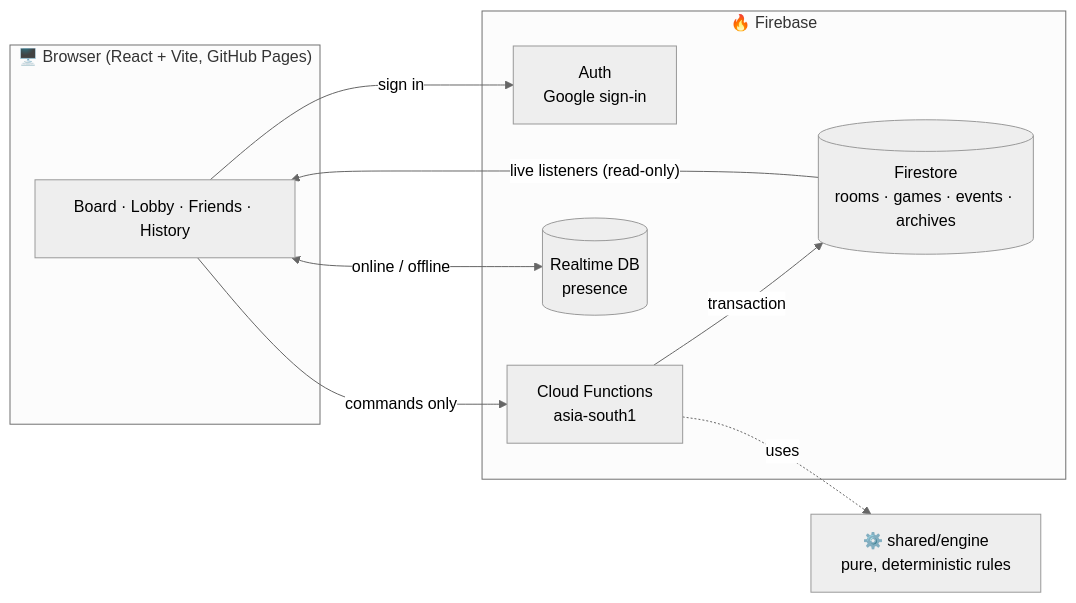
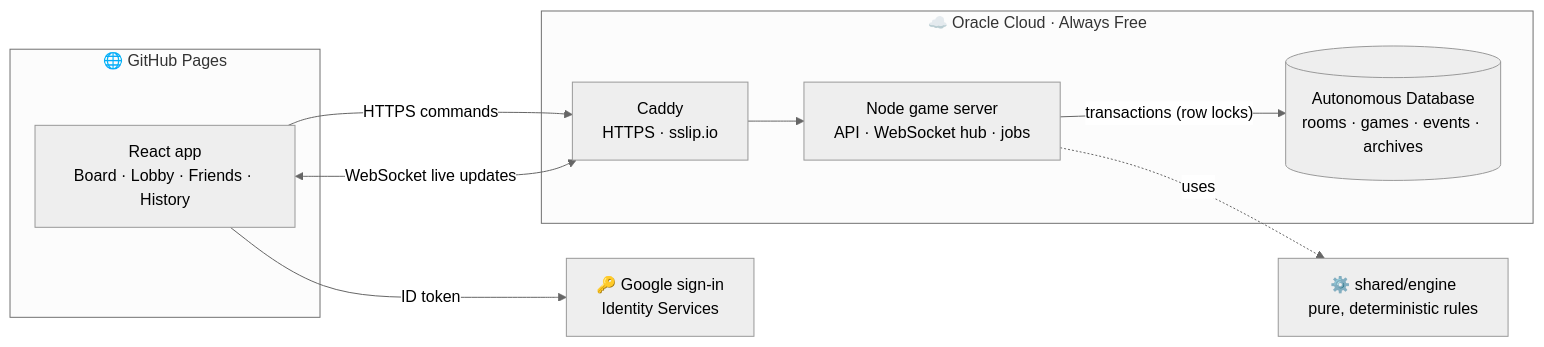
Before and after one commit to blessingstonsk/Indian-Business-Tycoon-: the first of 3 diagrams in README.md, drawn with Mermaid (neutral theme). The commit also changed other lines of this file and 75 other files, not shown here.

First line of the commit message:
Move the backend from Firebase to a Node server for Oracle Cloud

````diff
--- a/README.md
+++ b/README.md
@@ -240,20 +237,20 @@
 ```mermaid
 flowchart LR
-    subgraph Browser["🖥️ Browser (React + Vite, GitHub Pages)"]
-        UI["Board · Lobby · Friends · History"]
+    subgraph Pages["🌐 GitHub Pages"]
+        UI["React app<br/>Board · Lobby · Friends · History"]
     end
-    subgraph Firebase["🔥 Firebase"]
-        Auth["Auth<br/>Google sign-in"]
-        CF["Cloud Functions<br/>asia-south1"]
-        FS[("Firestore<br/>rooms · games · events · archives")]
-        RT[("Realtime DB<br/>presence")]
+    Google["🔑 Google sign-in<br/>Identity Services"]
+    subgraph OCI["☁️ Oracle Cloud · Always Free"]
+        Caddy["Caddy<br/>HTTPS · sslip.io"]
+        Server["Node game server<br/>API · WebSocket hub · jobs"]
+        ADB[("Autonomous Database<br/>rooms · games · events · archives")]
     end
     Engine["⚙️ shared/engine<br/>pure, deterministic rules"]
 
-    UI -- "sign in" --> Auth
-    UI -- "commands only" --> CF
-    CF -- "transaction" --> FS
-    CF -. "uses" .-> Engine
-    FS -- "live listeners (read-only)" --> UI
-    UI <-- "online / offline" --> RT
+    UI -- "ID token" --> Google
+    UI -- "HTTPS commands" --> Caddy
+    UI <-- "WebSocket live updates" --> Caddy
+    Caddy --> Server
+    Server -- "transactions (row locks)" --> ADB
+    Server -. "uses" .-> Engine
 ```
````
